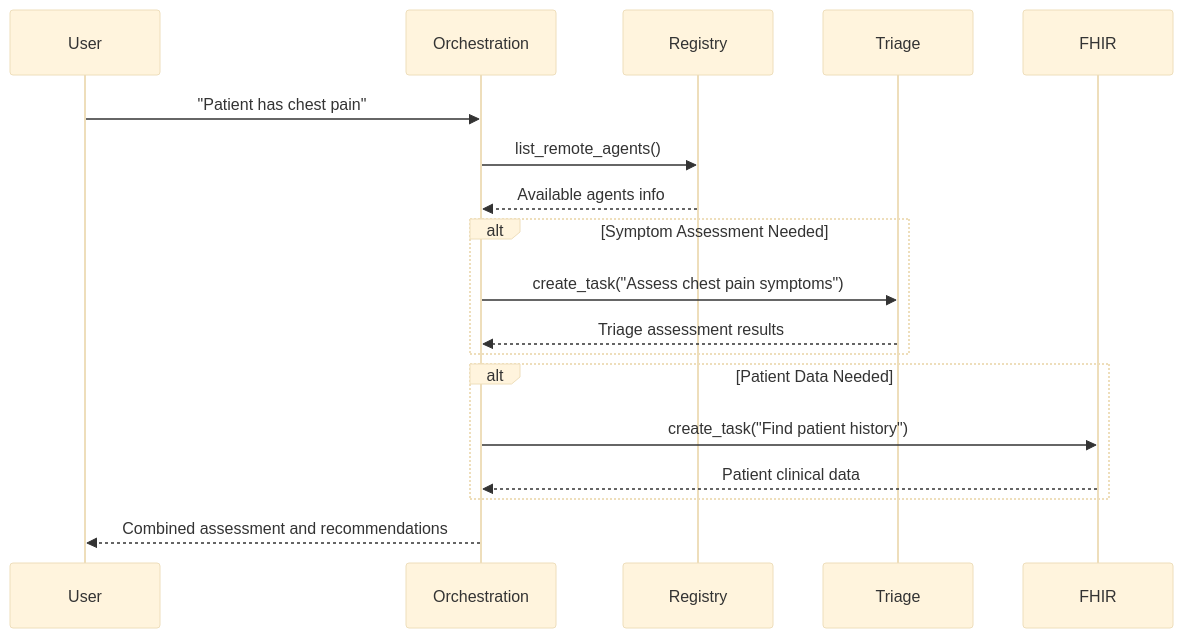
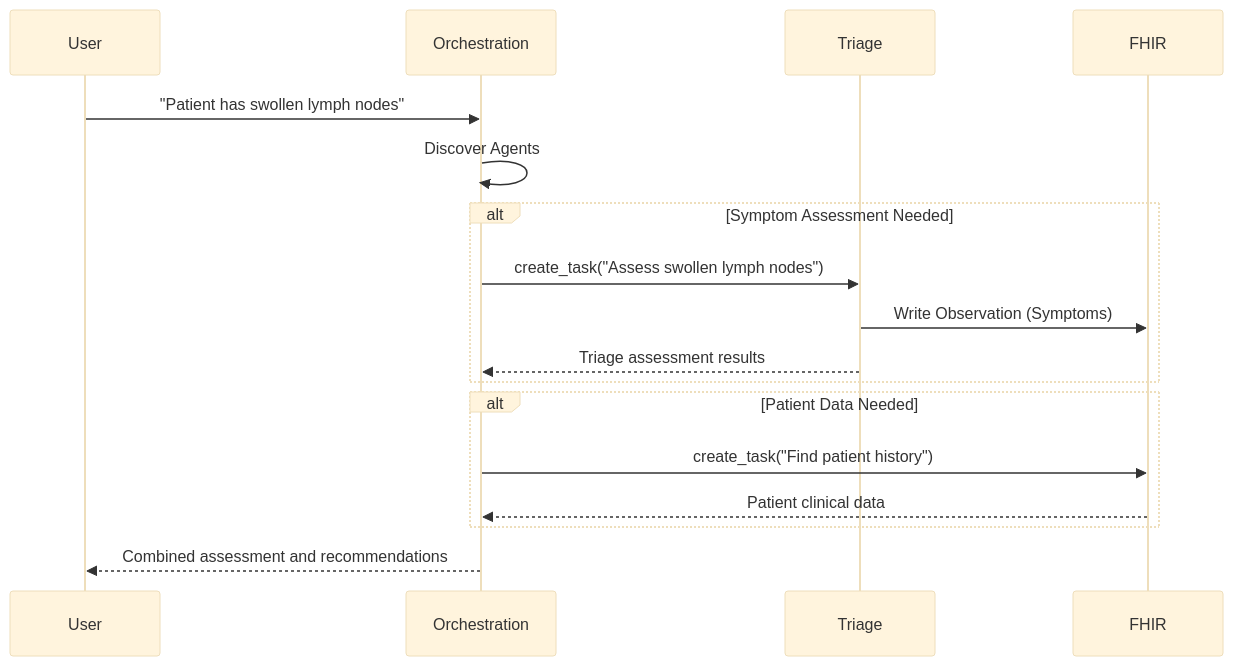
The second of 2 diagrams in README.md (micklynch/health-agents-collective), drawn with Mermaid (base theme) before and after one commit. The commit also changed other lines of this file and 1 other file, not shown here.

Commit message:
docs: Simplify README content, diagrams, and installation instructions, and update environment variables for Logfire.

````diff
--- a/README.md
+++ b/README.md
@@ -50,24 +30,23 @@
 ```mermaid
 sequenceDiagram
     participant User
     participant Orchestration
-    participant Registry
     participant Triage
     participant FHIR
 
-    User->>Orchestration: "Patient has chest pain"
-    Orchestration->>Registry: list_remote_agents()
-    Registry-->>Orchestration: Available agents info
-
+    User->>Orchestration: "Patient has swollen lymph nodes"
+    Orchestration->>Orchestration: Discover Agents
+    
     alt Symptom Assessment Needed
-        Orchestration->>Triage: create_task("Assess chest pain symptoms")
+        Orchestration->>Triage: create_task("Assess swollen lymph nodes")
+        Triage->>FHIR: Write Observation (Symptoms)
         Triage-->>Orchestration: Triage assessment results
     end
 
     alt Patient Data Needed
         Orchestration->>FHIR: create_task("Find patient history")
         FHIR-->>Orchestration: Patient clinical data
     end
 
     Orchestration-->>User: Combined assessment and recommendations
 ```
````
